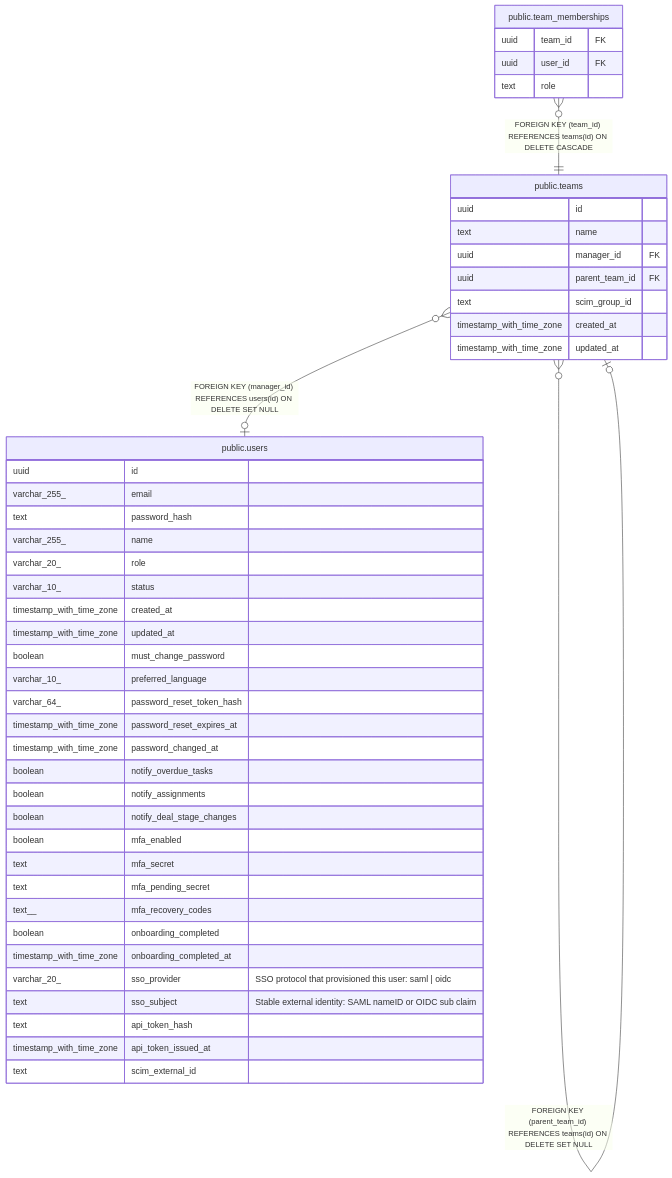
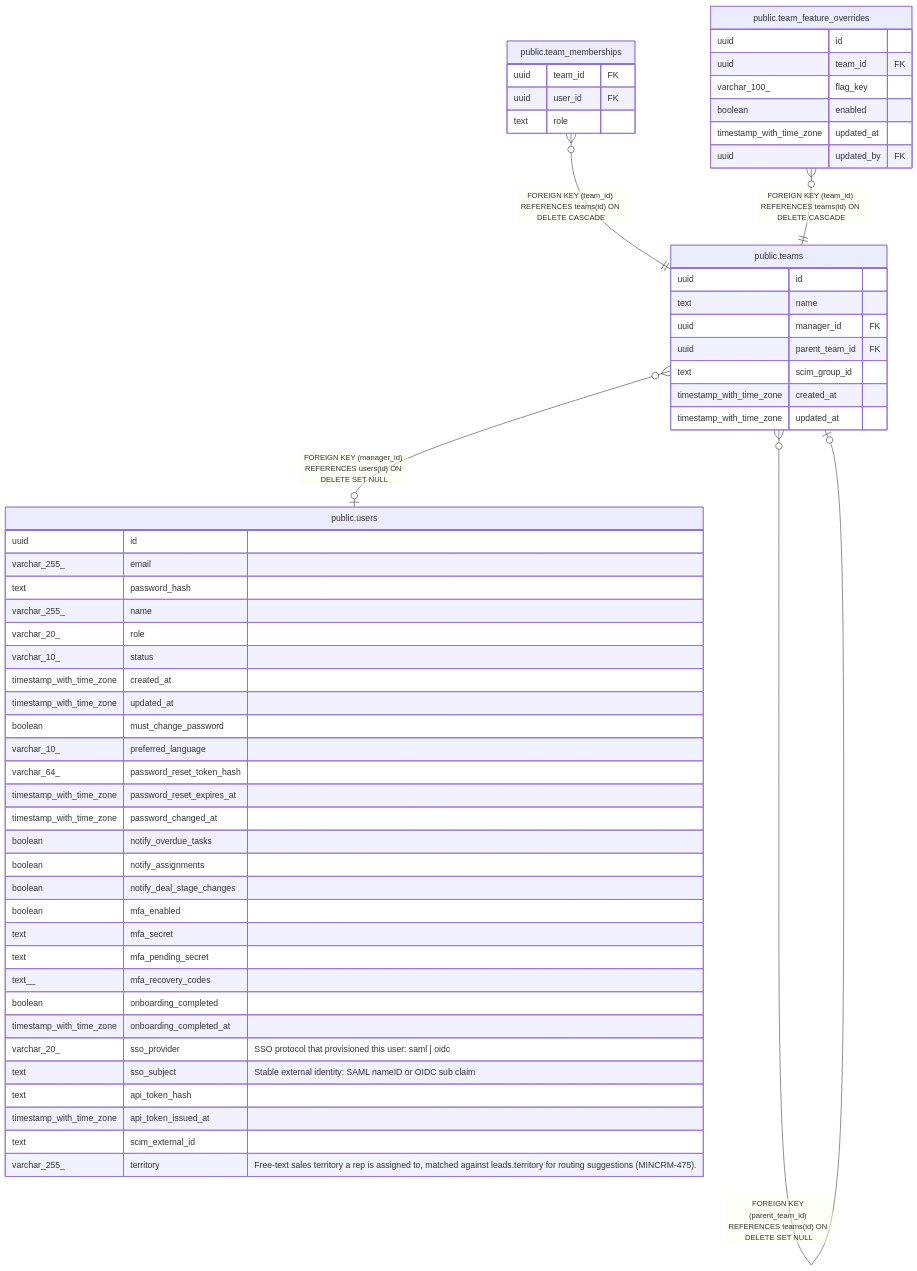
One commit to rkseattle/minicrm changed the diagram in docs/schema/public.teams.md. Above: the diagram before and after it, drawn with Mermaid. The commit also changed other lines of this file and 85 other files, not shown here.

````diff
--- a/docs/schema/public.teams.md
+++ b/docs/schema/public.teams.md
@@ -42,51 +42,61 @@
 ```mermaid
 erDiagram
 
 "public.teams" }o--o| "public.teams" : "FOREIGN KEY (parent_team_id) REFERENCES teams(id) ON DELETE SET NULL"
 "public.team_memberships" }o--|| "public.teams" : "FOREIGN KEY (team_id) REFERENCES teams(id) ON DELETE CASCADE"
+"public.team_feature_overrides" }o--|| "public.teams" : "FOREIGN KEY (team_id) REFERENCES teams(id) ON DELETE CASCADE"
 "public.teams" }o--o| "public.users" : "FOREIGN KEY (manager_id) REFERENCES users(id) ON DELETE SET NULL"
 
 "public.teams" {
   uuid id ""
   text name ""
   uuid manager_id FK ""
   uuid parent_team_id FK ""
   text scim_group_id ""
   timestamp_with_time_zone created_at ""
   timestamp_with_time_zone updated_at ""
 }
 "public.team_memberships" {
   uuid team_id FK ""
   uuid user_id FK ""
   text role ""
+}
+"public.team_feature_overrides" {
+  uuid id ""
+  uuid team_id FK ""
+  varchar_100_ flag_key ""
+  boolean enabled ""
+  timestamp_with_time_zone updated_at ""
+  uuid updated_by FK ""
 }
 "public.users" {
   uuid id ""
   varchar_255_ email ""
   text password_hash ""
   varchar_255_ name ""
   varchar_20_ role ""
   varchar_10_ status ""
   timestamp_with_time_zone created_at ""
   timestamp_with_time_zone updated_at ""
   boolean must_change_password ""
   varchar_10_ preferred_language ""
   varchar_64_ password_reset_token_hash ""
   timestamp_with_time_zone password_reset_expires_at ""
   timestamp_with_time_zone password_changed_at ""
   boolean notify_overdue_tasks ""
   boolean notify_assignments ""
   boolean notify_deal_stage_changes ""
   boolean mfa_enabled ""
   text mfa_secret ""
   text mfa_pending_secret ""
   text__ mfa_recovery_codes ""
   boolean onboarding_completed ""
   timestamp_with_time_zone onboarding_completed_at ""
   varchar_20_ sso_provider "SSO protocol that provisioned this user: saml | oidc"
   text sso_subject "Stable external identity: SAML nameID or OIDC sub claim"
   text api_token_hash ""
   timestamp_with_time_zone api_token_issued_at ""
   text scim_external_id ""
+  varchar_255_ territory "Free-text sales territory a rep is assigned to, matched against leads.territory for routing suggestions (MINCRM-475)."
 }
 ```
````
